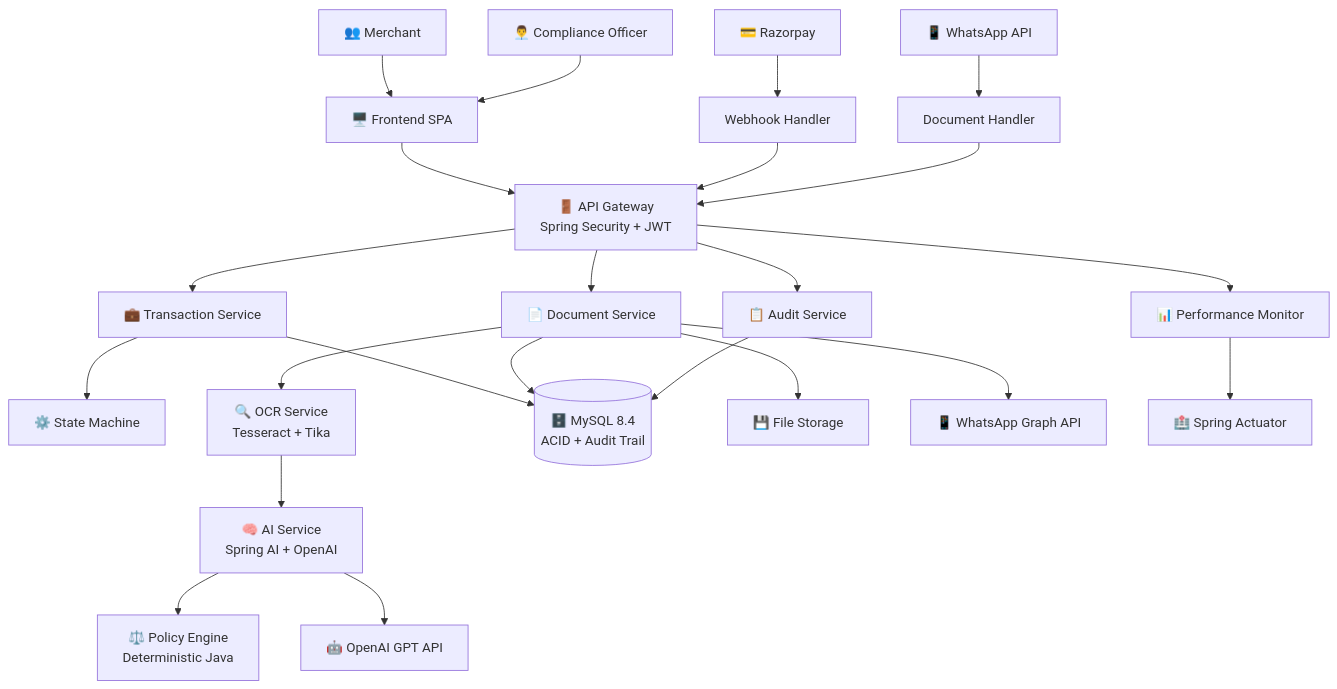
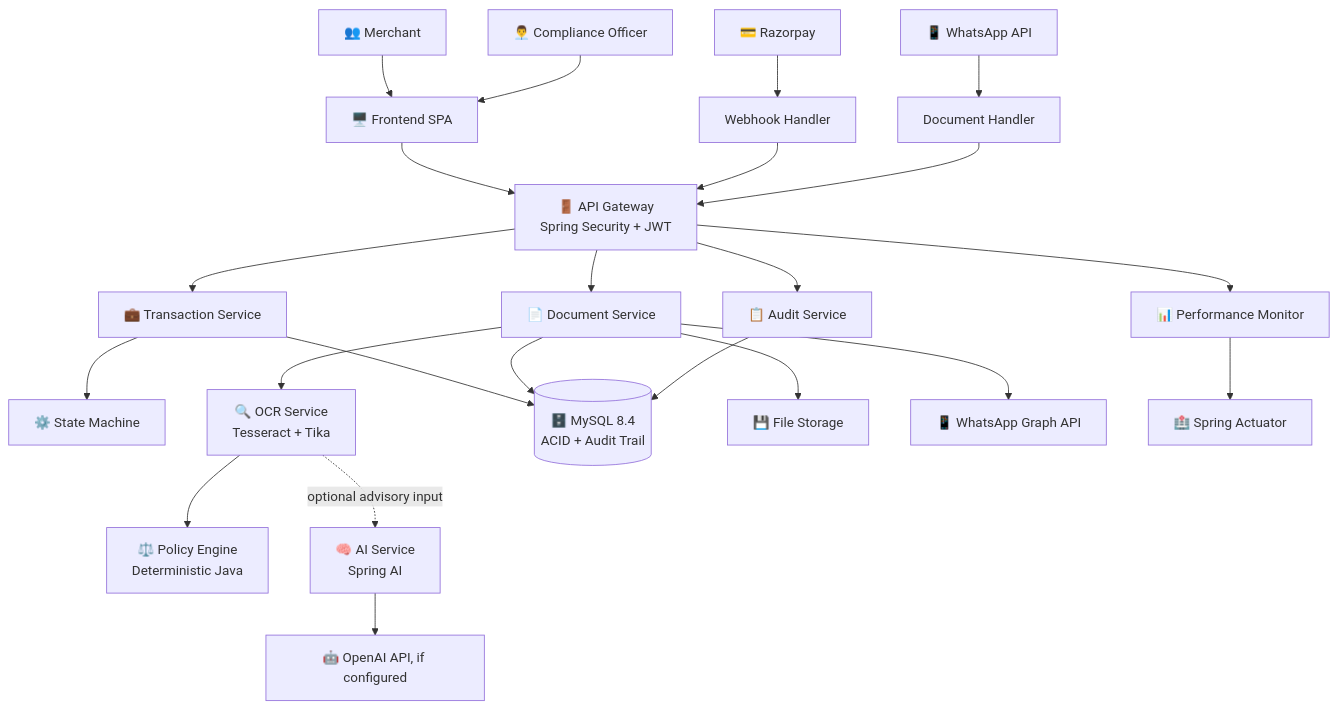
One commit to Aakash02A/Aegis-X changed the first of 2 diagrams in README.md. Above: the diagram before and after it, drawn with Mermaid. The commit also changed other lines of this file and 5 other files, not shown here.

````diff
--- a/README.md
+++ b/README.md
@@ -70,37 +62,37 @@
 ```mermaid
 graph TB
     %% External Systems
     M[👥 Merchant] --> FE[🖥️ Frontend SPA]
     CO[👨‍💼 Compliance Officer] --> FE
     RZ[💳 Razorpay] --> WH1[Webhook Handler]
     WA[📱 WhatsApp API] --> WH2[Document Handler]
     
     %% Core System
     FE --> API[🚪 API Gateway<br/>Spring Security + JWT]
     WH1 --> API
     WH2 --> API
     
     API --> TS[💼 Transaction Service]
     API --> DS[📄 Document Service] 
     API --> AS[📋 Audit Service]
     
     %% Processing Pipeline
     TS --> SM[⚙️ State Machine]
     DS --> OCR[🔍 OCR Service<br/>Tesseract + Tika]
-    OCR --> AI[🧠 AI Service<br/>Spring AI + OpenAI]
-    AI --> PE[⚖️ Policy Engine<br/>Deterministic Java]
+    OCR --> PE[⚖️ Policy Engine<br/>Deterministic Java]
+    OCR -. optional advisory input .-> AI[🧠 AI Service<br/>Spring AI]
     
     %% Data Layer
     TS --> DB[(🗄️ MySQL 8.4<br/>ACID + Audit Trail)]
     DS --> DB
     AS --> DB
     DS --> FS[💾 File Storage]
     
     %% External Integrations
-    AI --> OPENAI[🤖 OpenAI GPT API]
+    AI --> OPENAI[🤖 OpenAI API, if configured]
     DS --> WHATSAPP[📱 WhatsApp Graph API]
     
     %% Monitoring
     API --> METRICS[📊 Performance Monitor]
     METRICS --> HEALTH[🏥 Spring Actuator]
 ```
````
